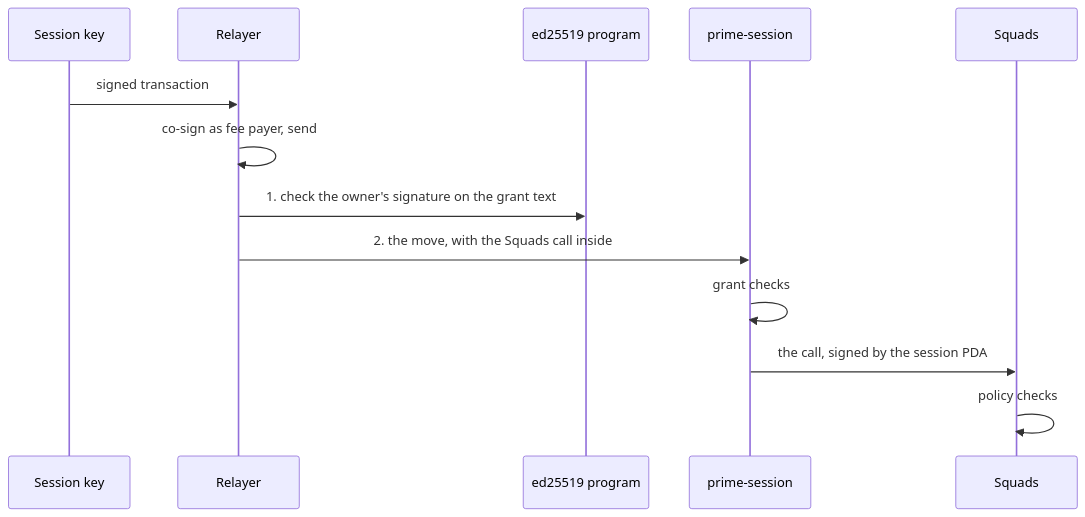
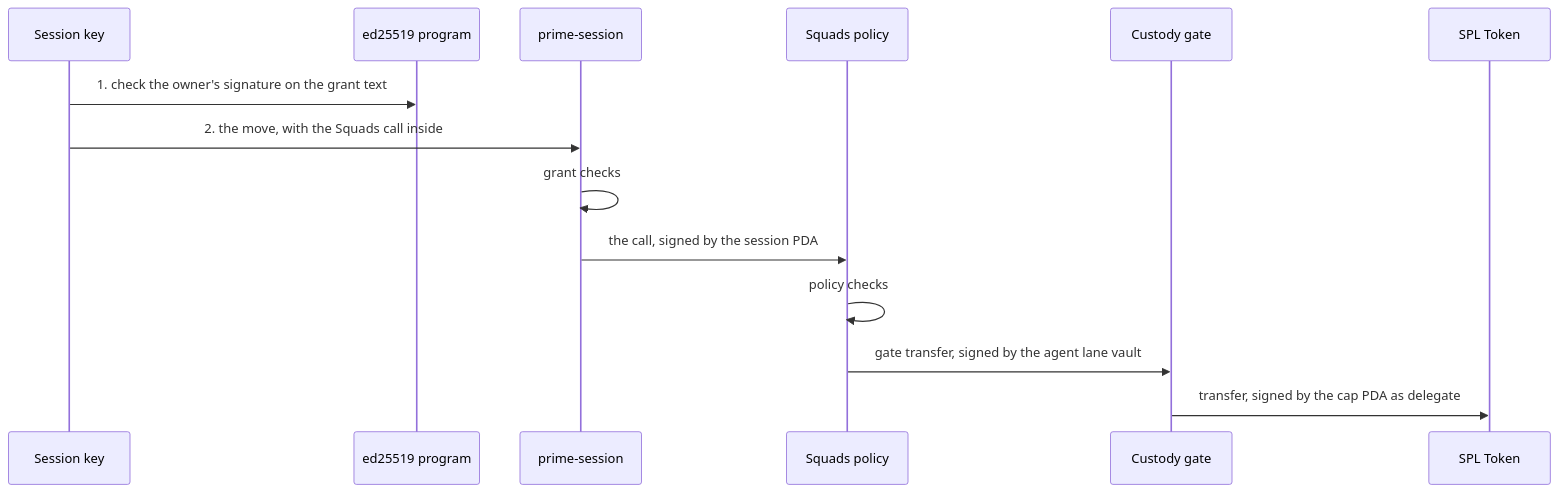
Before and after one commit to untangledfinance/oz-policy-builder: diagram 11 of 14 in contracts/prime/solana/README-architecture.md, drawn with Mermaid. The commit also changed other lines of this file and 1 other file, not shown here.

````diff
--- a/contracts/prime/solana/README-architecture.md
+++ b/contracts/prime/solana/README-architecture.md
@@ -463,15 +531,16 @@
 ```mermaid
 sequenceDiagram
   participant K as Session key
-  participant R as Relayer
   participant E as ed25519 program
   participant P as prime-session
-  participant S as Squads
-  K->>R: signed transaction
-  R->>R: co-sign as fee payer, send
-  R->>E: 1. check the owner's signature on the grant text
-  R->>P: 2. the move, with the Squads call inside
+  participant S as Squads policy
+  participant G as Custody gate
+  participant T as SPL Token
+  K->>E: 1. check the owner's signature on the grant text
+  K->>P: 2. the move, with the Squads call inside
   P->>P: grant checks
   P->>S: the call, signed by the session PDA
   S->>S: policy checks
+  S->>G: gate transfer, signed by the agent lane vault
+  G->>T: transfer, signed by the cap PDA as delegate
 ```
````
